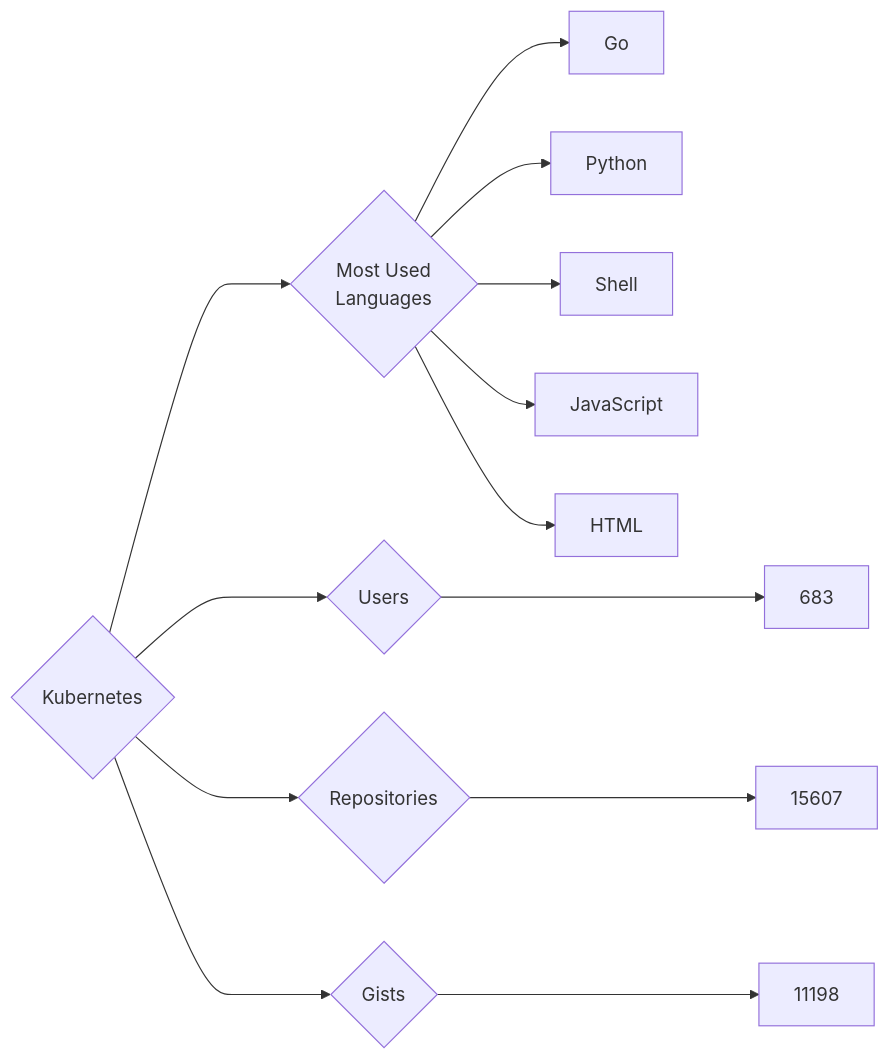
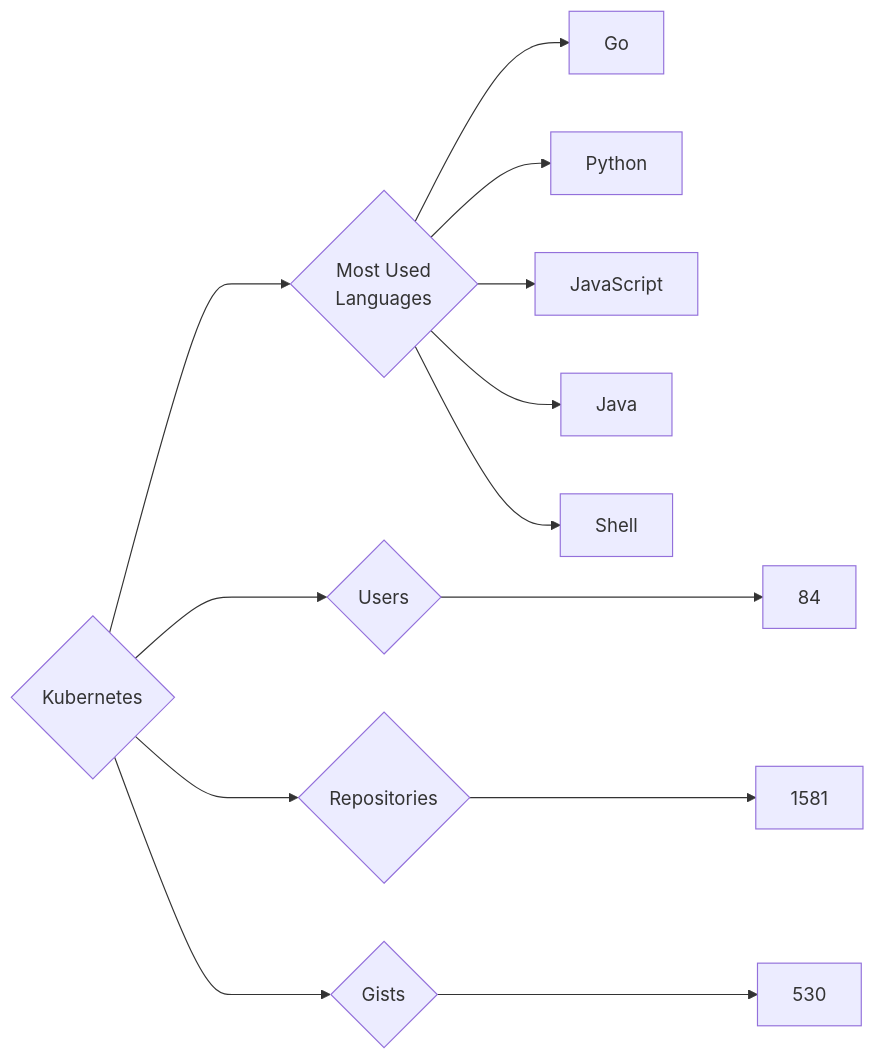
Before and after one commit to trickest/insiders: the diagram in targets/Kubernetes/README.md, drawn with Mermaid. The commit also changed 699 other files, not shown here.

````diff
--- a/targets/Kubernetes/README.md
+++ b/targets/Kubernetes/README.md
@@ -3,13 +3,13 @@
 ```mermaid
 graph LR
 COMPANY_NAME{Kubernetes}
-COMPANY_NAME ---> U{Users} ---> UN[683]
-COMPANY_NAME ---> R{Repositories} ---> RN[15607]
-COMPANY_NAME ---> G{Gists} ---> GN[11198]
+COMPANY_NAME ---> U{Users} ---> UN[84]
+COMPANY_NAME ---> R{Repositories} ---> RN[1581]
+COMPANY_NAME ---> G{Gists} ---> GN[530]
 COMPANY_NAME ---> ML{Most Used<br>Languages}
 ML --> Go[Go]
 ML --> Python[Python]
+ML --> JavaScript[JavaScript]
+ML --> Java[Java]
 ML --> Shell[Shell]
-ML --> JavaScript[JavaScript]
-ML --> HTML[HTML]
 ```
````
